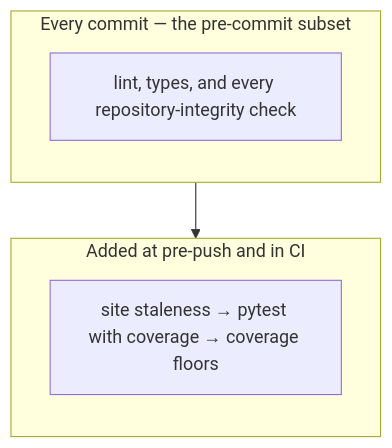
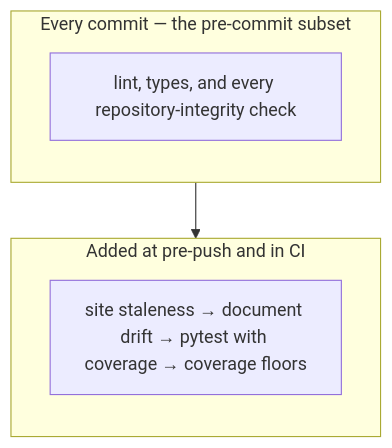
The fifth of 6 diagrams in docs/ARCHITECTURE.md (AngelCampa1/decision-making), drawn with Mermaid before and after one commit. The commit also changed other lines of this file and 10 other files, not shown here.

````diff
--- a/docs/ARCHITECTURE.md
+++ b/docs/ARCHITECTURE.md
@@ -261,12 +261,12 @@
 ```mermaid
 flowchart TB
     subgraph always["Every commit — the pre-commit subset"]
         direction TB
         a["lint, types, and every repository-integrity check"]
     end
     subgraph full["Added at pre-push and in CI"]
         direction TB
-        e["site staleness → pytest with coverage → coverage floors"]
+        e["site staleness → document drift → pytest with coverage → coverage floors"]
     end
     always --> full
 ```
````
